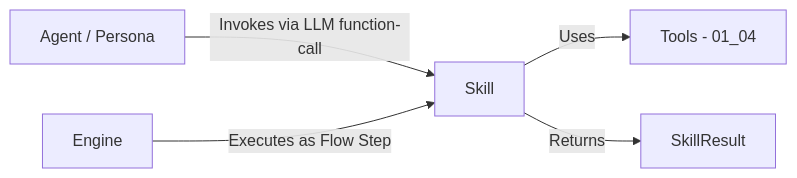
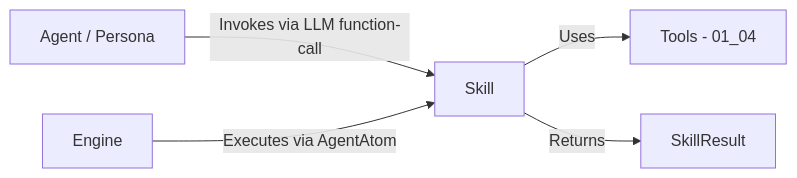
Before and after one commit to sbula/flowManager: the diagram in docs/specs/01_07_skills_spec.md, drawn with Mermaid. The commit also changed other lines of this file and 184 other files, not shown here.

````diff
--- a/docs/specs/01_07_skills_spec.md
+++ b/docs/specs/01_07_skills_spec.md
@@ -139,7 +139,7 @@
 ```mermaid
 graph LR
     A[Agent / Persona] -->|Invokes via LLM function-call| B[Skill]
     B -->|Uses| C[Tools - 01_04]
     B -->|Returns| F[SkillResult]
-    G[Engine] -->|Executes as Flow Step| B
+    G[Engine] -->|Executes via AgentAtom| B
 ```
````
